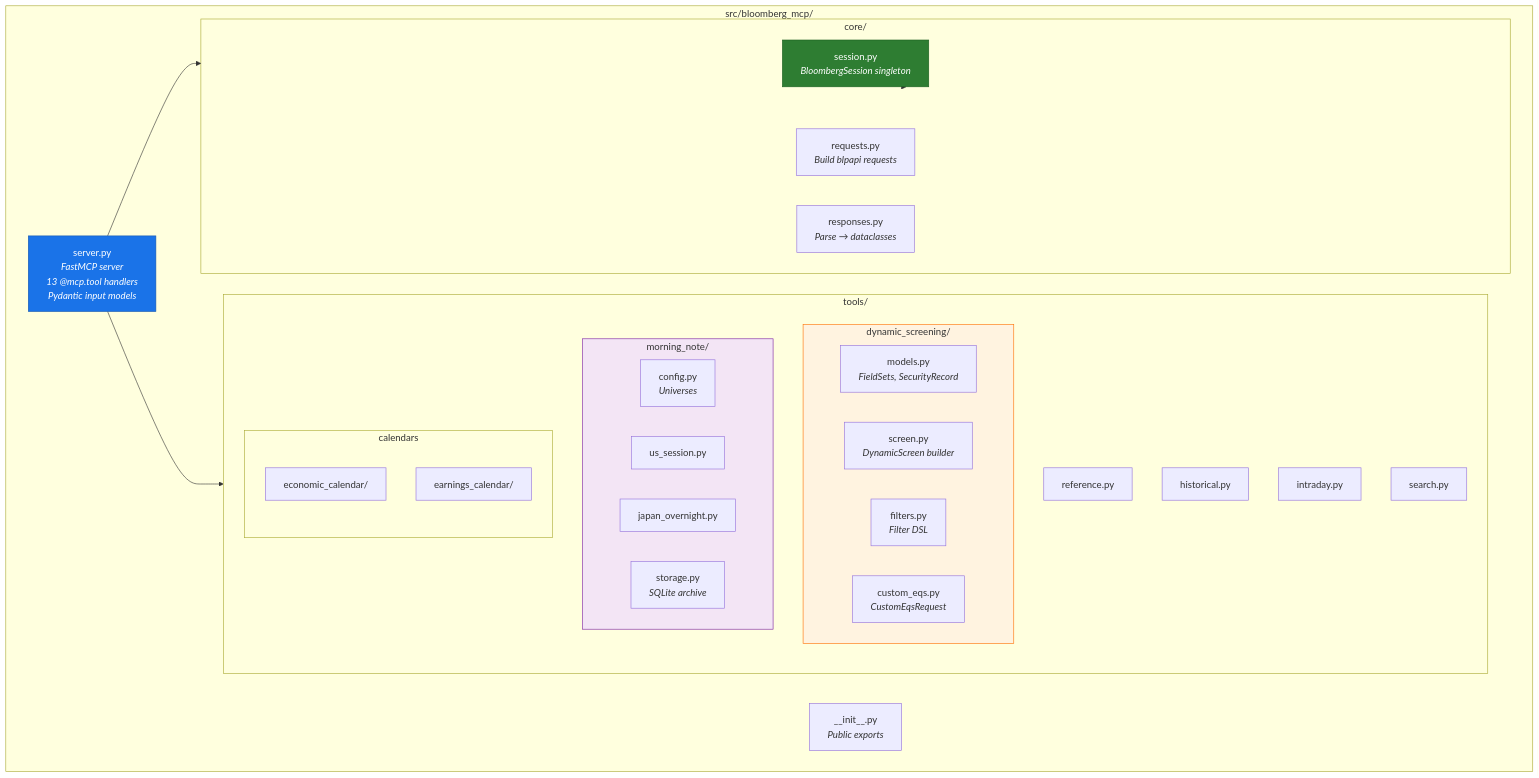
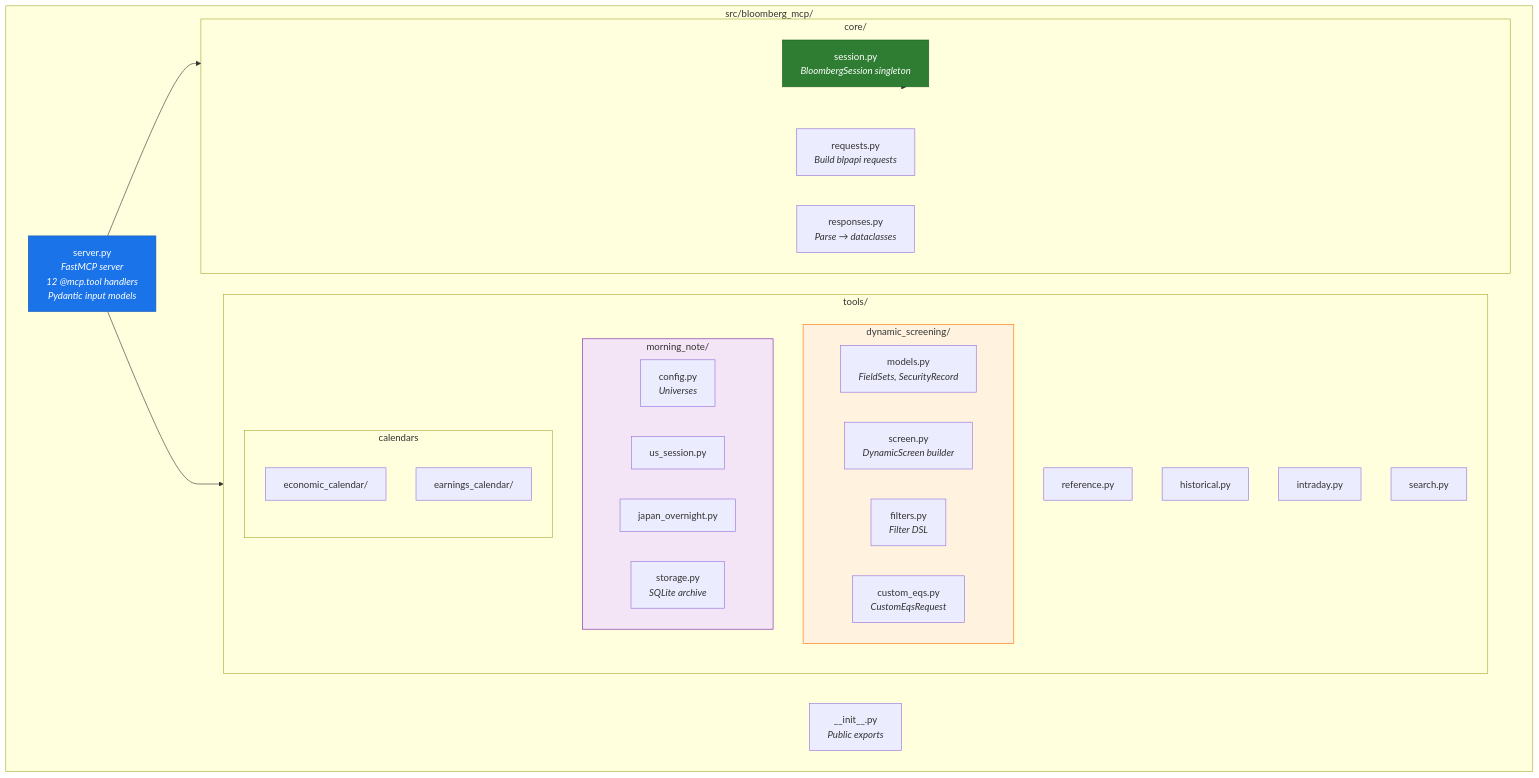
Before and after one commit to tajmahal226/bloomberg-mcp-tj: the fourth of 6 diagrams in README.md, drawn with Mermaid. The commit also changed other lines of this file and 9 other files, not shown here.

````diff
--- a/README.md
+++ b/README.md
@@ -297,49 +297,49 @@
 ```mermaid
 graph TB
     subgraph "src/bloomberg_mcp/"
         INIT["__init__.py<br/><i>Public exports</i>"]
-        SERVER["server.py<br/><i>FastMCP server<br/>13 @mcp.tool handlers<br/>Pydantic input models</i>"]
+        SERVER["server.py<br/><i>FastMCP server<br/>12 @mcp.tool handlers<br/>Pydantic input models</i>"]
 
         subgraph core["core/"]
             SESSION["session.py<br/><i>BloombergSession singleton</i>"]
             REQUESTS["requests.py<br/><i>Build blpapi requests</i>"]
             RESPONSES["responses.py<br/><i>Parse → dataclasses</i>"]
         end
 
         subgraph tools["tools/"]
             direction TB
             REF["reference.py"]
             HIST_T["historical.py"]
             INTRA_T["intraday.py"]
             SEARCH_T["search.py"]
 
             subgraph ds["dynamic_screening/"]
                 MODELS["models.py<br/><i>FieldSets, SecurityRecord</i>"]
                 SCREEN_T["screen.py<br/><i>DynamicScreen builder</i>"]
                 FILTERS["filters.py<br/><i>Filter DSL</i>"]
                 CEQS["custom_eqs.py<br/><i>CustomEqsRequest</i>"]
             end
 
             subgraph mn["morning_note/"]
                 CONFIG["config.py<br/><i>Universes</i>"]
                 USS["us_session.py"]
                 JPN["japan_overnight.py"]
                 STORE["storage.py<br/><i>SQLite archive</i>"]
             end
 
             subgraph cal["calendars"]
                 ECON["economic_calendar/"]
                 EARN["earnings_calendar/"]
             end
         end
     end
 
     SERVER --> core
     SERVER --> tools
     core --> SESSION
 
     style SERVER fill:#1a73e8,stroke:#1557b0,color:#fff
     style SESSION fill:#2e7d32,stroke:#1b5e20,color:#fff
     style ds fill:#fff3e0,stroke:#ff6f00
     style mn fill:#f3e5f5,stroke:#7b1fa2
 ```
````
